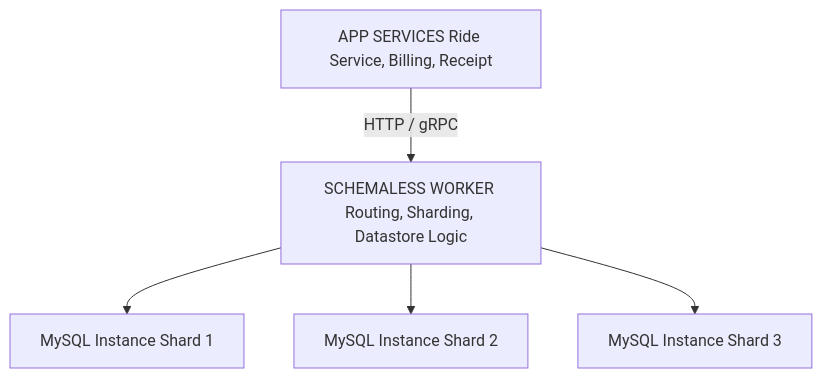
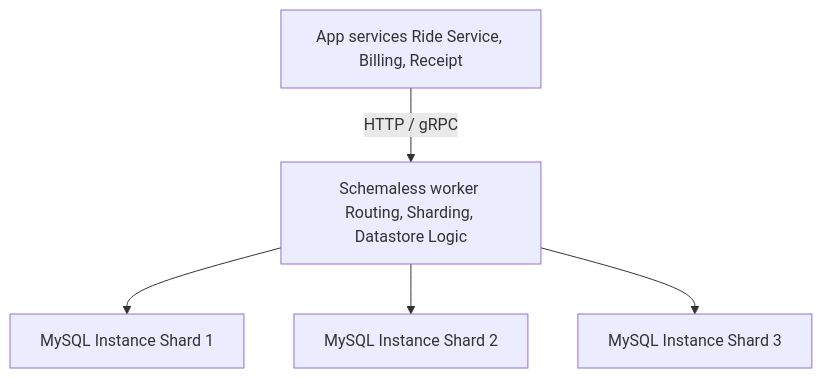
Before and after one commit to Chandra179/atlas: the seventh of 19 diagrams in blog/astro/src/content/docs/uber-architecture.md, drawn with Mermaid. The commit also changed other lines of this file and 4 other files, not shown here.

````diff
--- a/blog/astro/src/content/docs/uber-architecture.md
+++ b/blog/astro/src/content/docs/uber-architecture.md
@@ -466,8 +466,8 @@
 ```mermaid
 graph TB
-    APP["APP SERVICES Ride Service, Billing, Receipt"]
-    APP -->|HTTP / gRPC| SW["SCHEMALESS WORKER Routing, Sharding, Datastore Logic"]
+    APP["App services Ride Service, Billing, Receipt"]
+    APP -->|HTTP / gRPC| SW["Schemaless worker Routing, Sharding, Datastore Logic"]
     SW --> M1["MySQL Instance Shard 1"]
     SW --> M2["MySQL Instance Shard 2"]
     SW --> M3["MySQL Instance Shard 3"]
 ```
````
